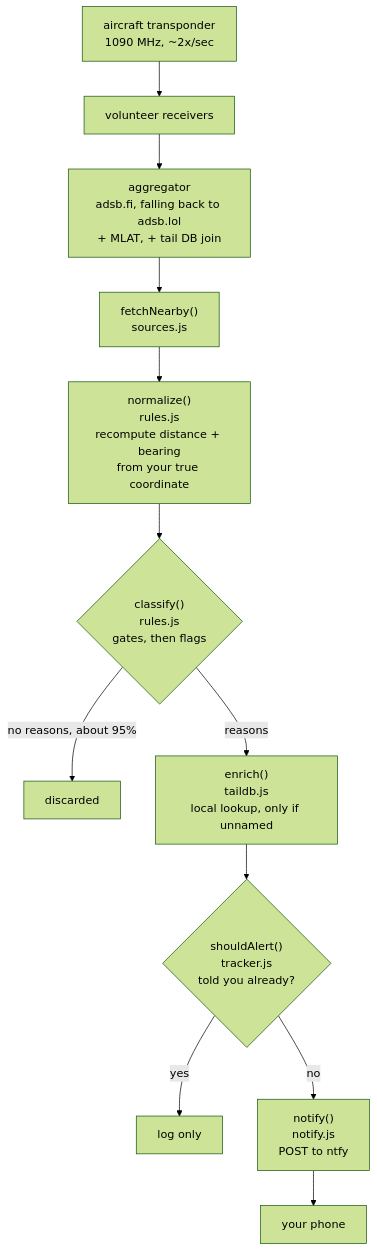
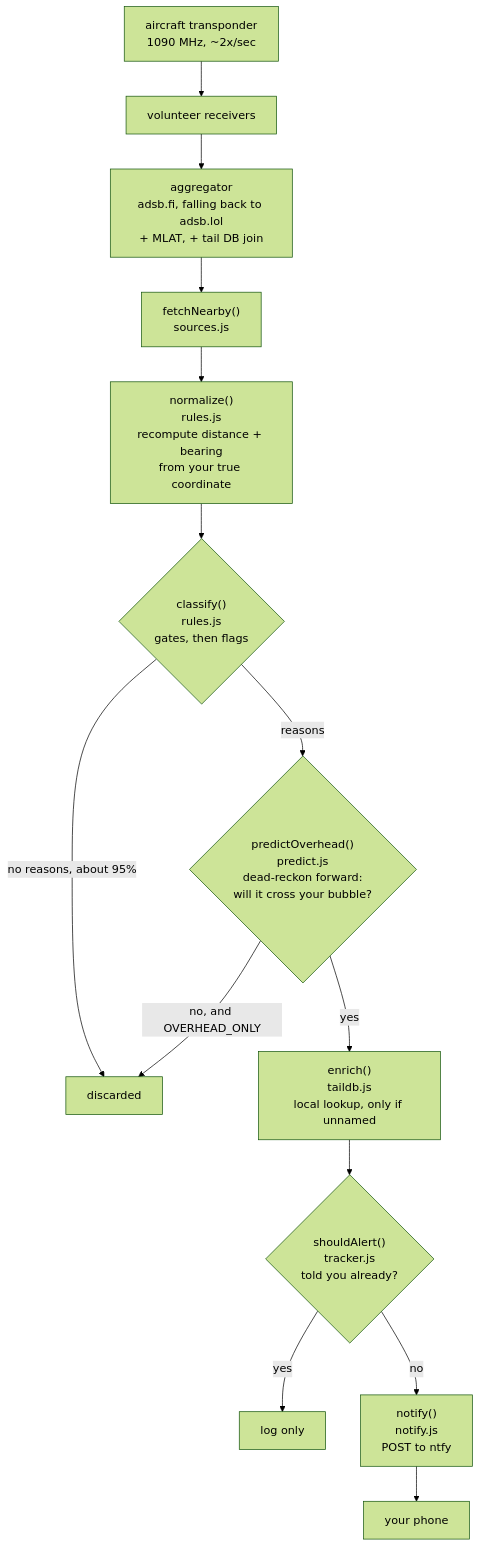
One commit to cmg5461/look-up changed the diagram in README.md. Above: the diagram before and after it, drawn with Mermaid (forest theme). The commit also changed other lines of this file and 8 other files, not shown here.

First line of the commit message:
Add overhead prediction: dead-reckon aircraft into a visibility cone

````diff
--- a/README.md
+++ b/README.md
@@ -148,14 +148,16 @@
 ```mermaid
 flowchart TD
     AC["aircraft transponder<br/>1090 MHz, ~2x/sec"] --> RX["volunteer receivers"]
     RX --> AGG["aggregator<br/>adsb.fi, falling back to adsb.lol<br/>+ MLAT, + tail DB join"]
     AGG --> F["fetchNearby()<br/>sources.js"]
     F --> N["normalize()<br/>rules.js<br/>recompute distance + bearing<br/>from your true coordinate"]
     N --> C{"classify()<br/>rules.js<br/>gates, then flags"}
     C -->|"no reasons, about 95%"| DROP["discarded"]
-    C -->|"reasons"| E["enrich()<br/>taildb.js<br/>local lookup, only if unnamed"]
+    C -->|"reasons"| P2{"predictOverhead()<br/>predict.js<br/>dead-reckon forward:<br/>will it cross your bubble?"}
+    P2 -->|"no, and OVERHEAD_ONLY"| DROP
+    P2 -->|"yes"| E["enrich()<br/>taildb.js<br/>local lookup, only if unnamed"]
     E --> T{"shouldAlert()<br/>tracker.js<br/>told you already?"}
     T -->|"yes"| LOG["log only"]
     T -->|"no"| P["notify()<br/>notify.js<br/>POST to ntfy"]
     P --> PHONE["your phone"]
 ```
````
